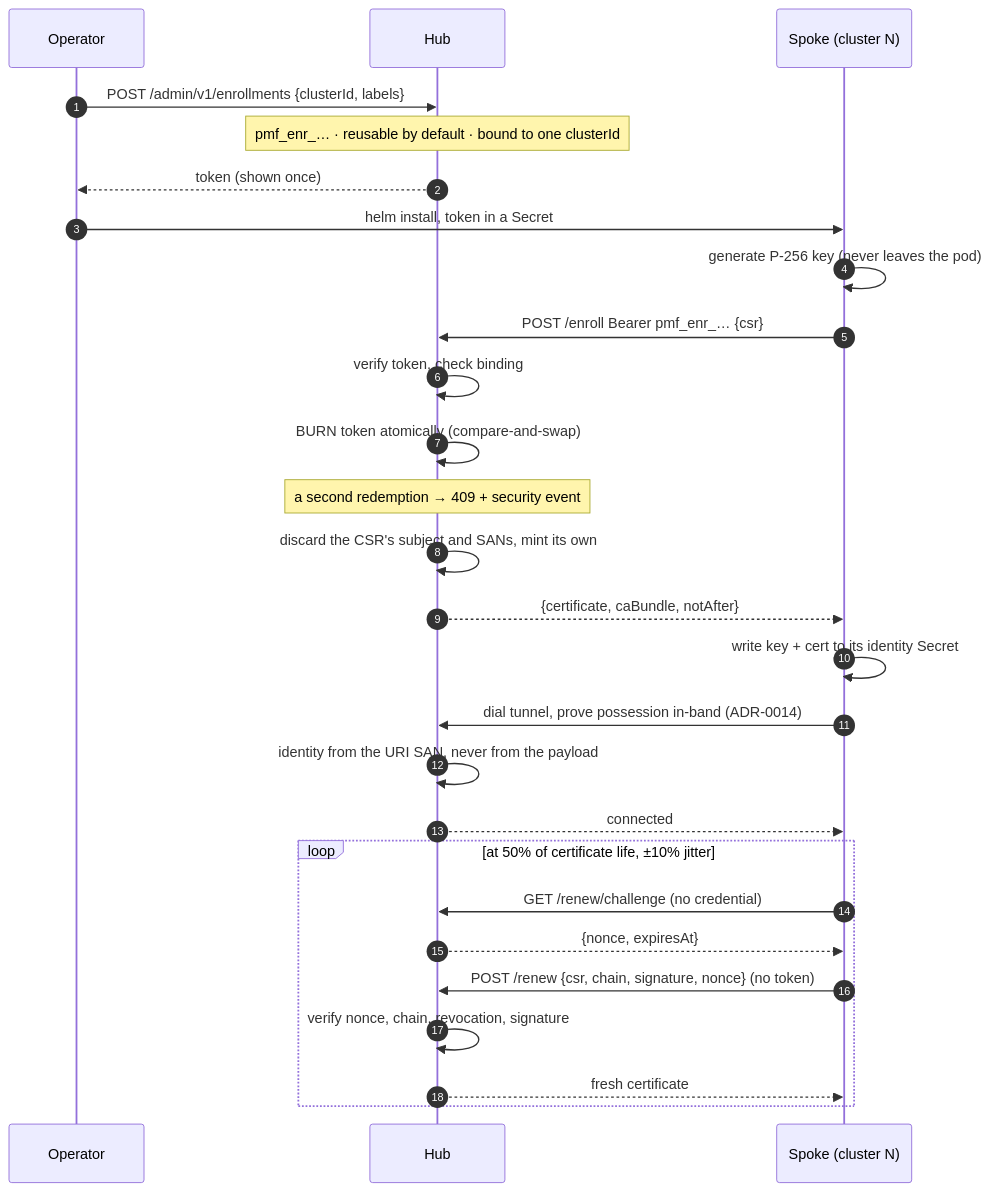
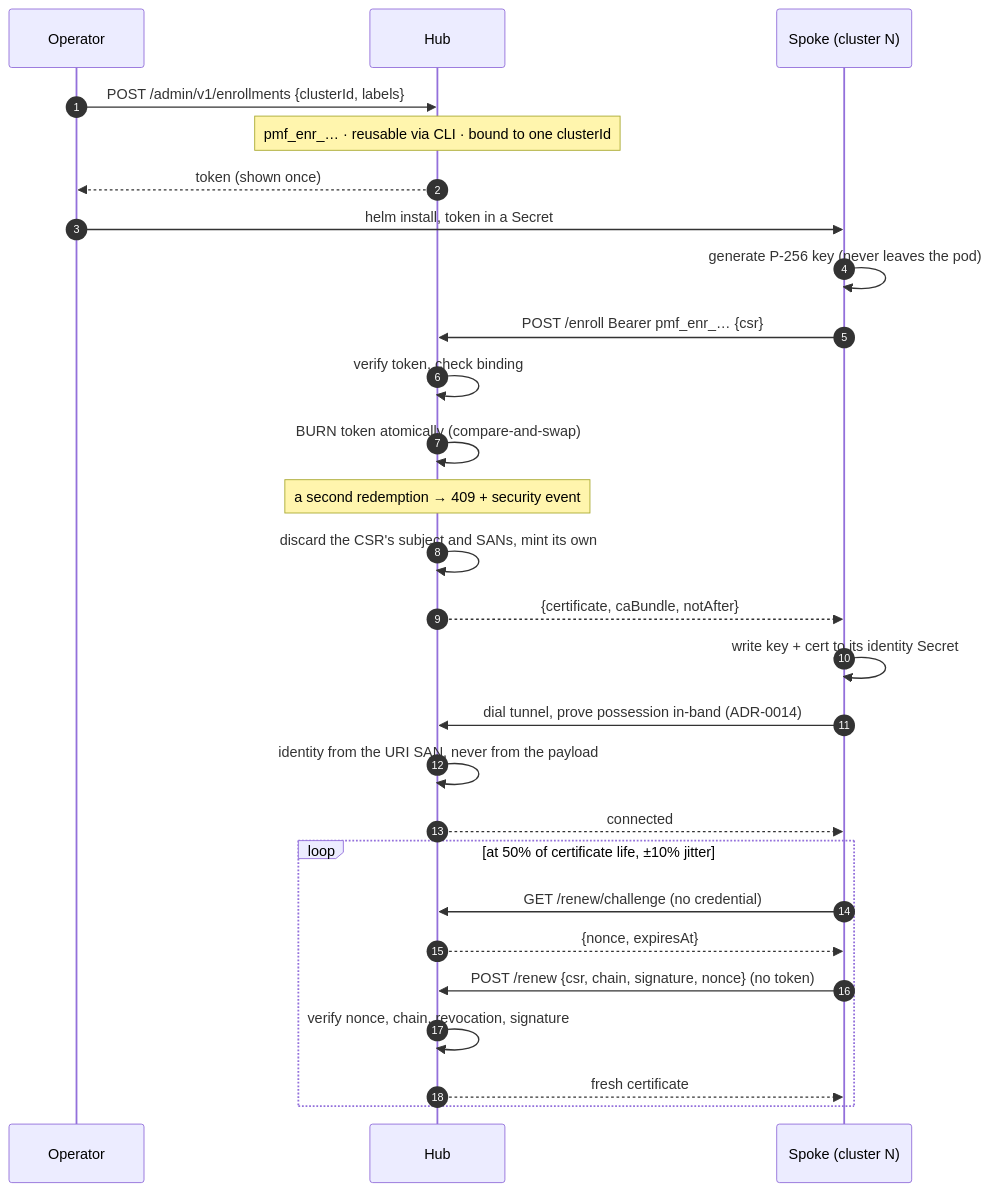
One commit to jacoknapp/prometheus-mcp-fleet changed the diagram in docs/spoke-enrollment.md. Above: the diagram before and after it, drawn with Mermaid. The commit also changed other lines of this file and 16 other files, not shown here.

````diff
--- a/docs/spoke-enrollment.md
+++ b/docs/spoke-enrollment.md
@@ -29,33 +29,33 @@
 ```mermaid
 sequenceDiagram
     autonumber
     participant Op as Operator
     participant Hub
     participant Spoke as Spoke (cluster N)
 
     Op->>Hub: POST /admin/v1/enrollments {clusterId, labels}
-    Note over Hub: pmf_enr_… · reusable by default · bound to one clusterId
+    Note over Hub: pmf_enr_… · reusable via CLI · bound to one clusterId
     Hub-->>Op: token (shown once)
     Op->>Spoke: helm install, token in a Secret
 
     Spoke->>Spoke: generate P-256 key (never leaves the pod)
     Spoke->>Hub: POST /enroll  Bearer pmf_enr_…  {csr}
     Hub->>Hub: verify token, check binding
     Hub->>Hub: BURN token atomically (compare-and-swap)
     Note over Hub: a second redemption → 409 + security event
     Hub->>Hub: discard the CSR's subject and SANs, mint its own
     Hub-->>Spoke: {certificate, caBundle, notAfter}
     Spoke->>Spoke: write key + cert to its identity Secret
 
     Spoke->>Hub: dial tunnel, prove possession in-band (ADR-0014)
     Hub->>Hub: identity from the URI SAN, never from the payload
     Hub-->>Spoke: connected
 
     loop at 50% of certificate life, ±10% jitter
         Spoke->>Hub: GET /renew/challenge (no credential)
         Hub-->>Spoke: {nonce, expiresAt}
         Spoke->>Hub: POST /renew {csr, chain, signature, nonce} (no token)
         Hub->>Hub: verify nonce, chain, revocation, signature
         Hub-->>Spoke: fresh certificate
     end
 ```
````
